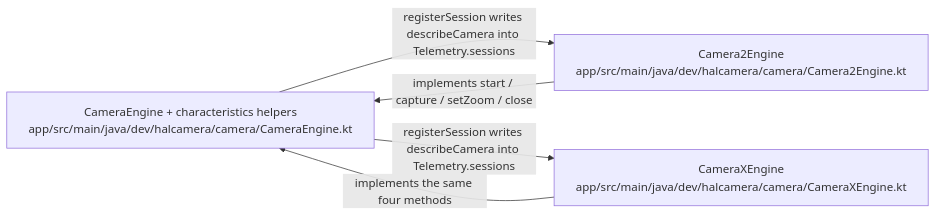
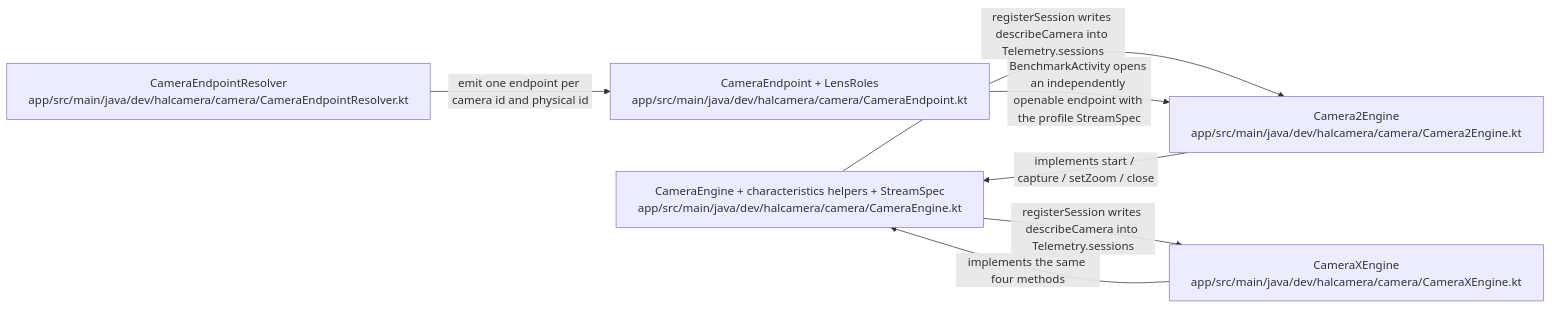
The diagram in .omm/overall-architecture/camera-engines/diagram.mmd (TTolsun/hal-camera), drawn with Mermaid before and after one commit. The commit also changed 94 other files, not shown here.

```diff
--- a/.omm/overall-architecture/camera-engines/diagram.mmd
+++ b/.omm/overall-architecture/camera-engines/diagram.mmd
@@ -1,9 +1,12 @@
 graph LR
-    engine-interface["CameraEngine + characteristics helpers\napp/src/main/java/dev/halcamera/camera/CameraEngine.kt"]
+    engine-interface["CameraEngine + characteristics helpers + StreamSpec\napp/src/main/java/dev/halcamera/camera/CameraEngine.kt"]
     camera2-engine["Camera2Engine\napp/src/main/java/dev/halcamera/camera/Camera2Engine.kt"]
     camerax-engine["CameraXEngine\napp/src/main/java/dev/halcamera/camera/CameraXEngine.kt"]
-
+    endpoint-model["CameraEndpoint + LensRoles\napp/src/main/java/dev/halcamera/camera/CameraEndpoint.kt"]
+    endpoint-resolver["CameraEndpointResolver\napp/src/main/java/dev/halcamera/camera/CameraEndpointResolver.kt"]
     camera2-engine -->|"implements start / capture / setZoom / close"| engine-interface
     camerax-engine -->|"implements the same four methods"| engine-interface
     engine-interface -->|"registerSession writes describeCamera into Telemetry.sessions"| camera2-engine
     engine-interface -->|"registerSession writes describeCamera into Telemetry.sessions"| camerax-engine
+    endpoint-resolver -->|"emit one endpoint per camera id and physical id"| endpoint-model
+    endpoint-model -->|"BenchmarkActivity opens an independently openable endpoint with the profile StreamSpec"| camera2-engine
```
